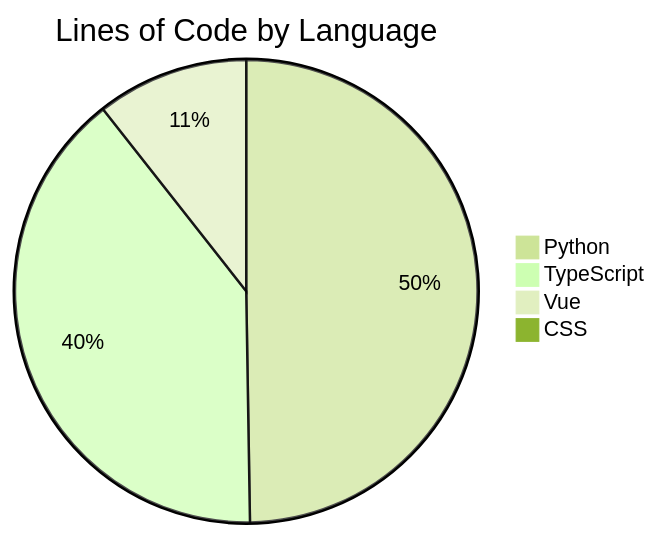
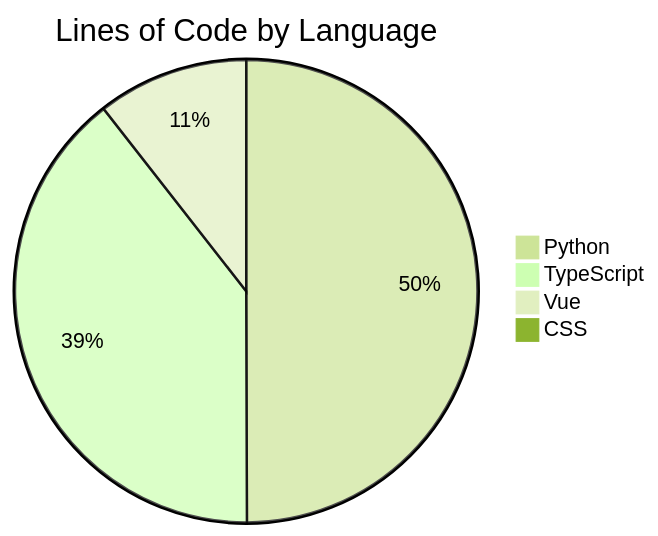
The diagram in README.md (ISW-stack/AI3L-Community), drawn with Mermaid (forest theme) before and after one commit. The commit also changed other lines of this file and 1 other file, not shown here.

````diff
--- a/README.md
+++ b/README.md
@@ -374,7 +374,7 @@
 ```mermaid
 pie title Lines of Code by Language
-    "Python" : 116825
-    "TypeScript" : 93114
-    "Vue" : 24924
+    "Python" : 117868
+    "TypeScript" : 93166
+    "Vue" : 24927
     "CSS" : 134
 ```
````
